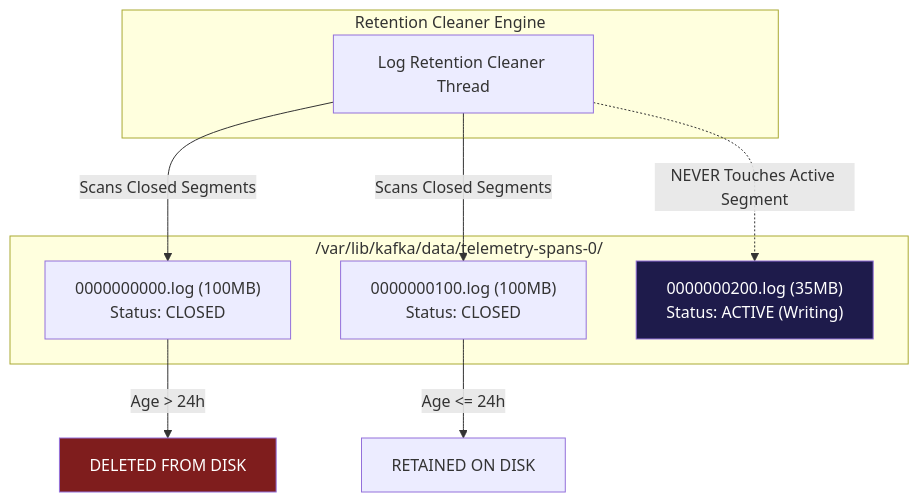
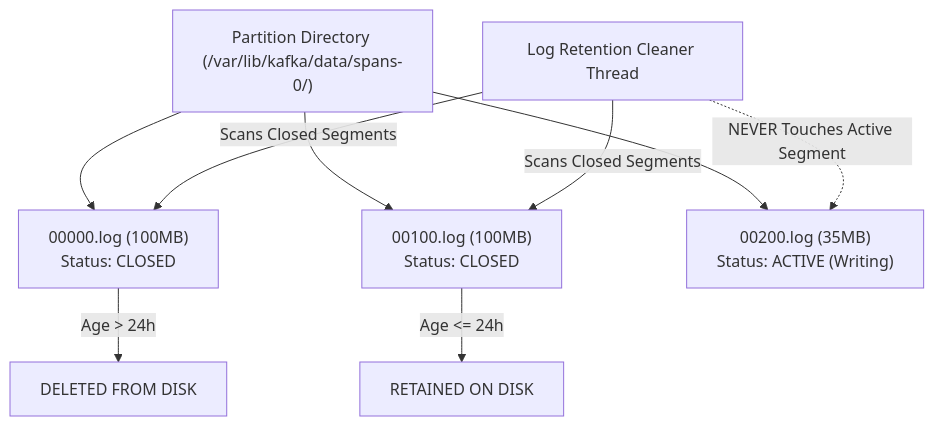
Before and after one commit to Chief-Strategist-J/llm-obs-infra: the sixth of 12 diagrams in docs/configDoc/kafka-configuration-guide.md, drawn with Mermaid. The commit also changed other lines of this file, not shown here.

Commit message:
docs(kafka): fix Mermaid diagram rendering syntax and convert parameter breakdowns to structured Markdown tables

````diff
--- a/docs/configDoc/kafka-configuration-guide.md
+++ b/docs/configDoc/kafka-configuration-guide.md
@@ -234,20 +144,13 @@
 ```mermaid
 graph TD
-    subgraph Partition Directory ["/var/lib/kafka/data/telemetry-spans-0/"]
-        S1["0000000000.log (100MB)<br/>Status: CLOSED"]
-        S2["0000000100.log (100MB)<br/>Status: CLOSED"]
-        S3["0000000200.log (35MB)<br/>Status: ACTIVE (Writing)"]
-    end
+    Directory["Partition Directory (/var/lib/kafka/data/spans-0/)"] --> S1["00000.log (100MB)<br/>Status: CLOSED"]
+    Directory --> S2["00100.log (100MB)<br/>Status: CLOSED"]
+    Directory --> S3["00200.log (35MB)<br/>Status: ACTIVE (Writing)"]
 
-    subgraph Retention Cleaner Engine
-        Cleaner["Log Retention Cleaner Thread"]
-    end
+    Cleaner["Log Retention Cleaner Thread"] -->|Scans Closed Segments| S1
+    Cleaner -->|Scans Closed Segments| S2
+    Cleaner -.->|NEVER Touches Active Segment| S3
 
-    Cleaner -->|Scans Closed Segments| S1 & S2
     S1 -->|Age > 24h| Purged["DELETED FROM DISK"]
     S2 -->|Age <= 24h| Retained["RETAINED ON DISK"]
-    Cleaner -.->|NEVER Touches Active Segment| S3
-
-    style S3 fill:#1e1b4b,color:#fff
-    style Purged fill:#7f1d1d,color:#fff
 ```
````
